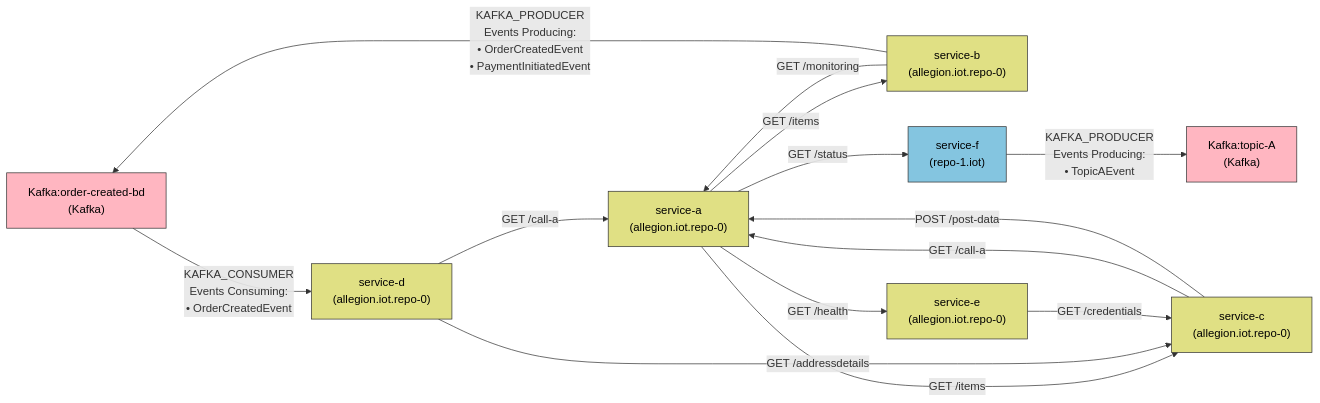
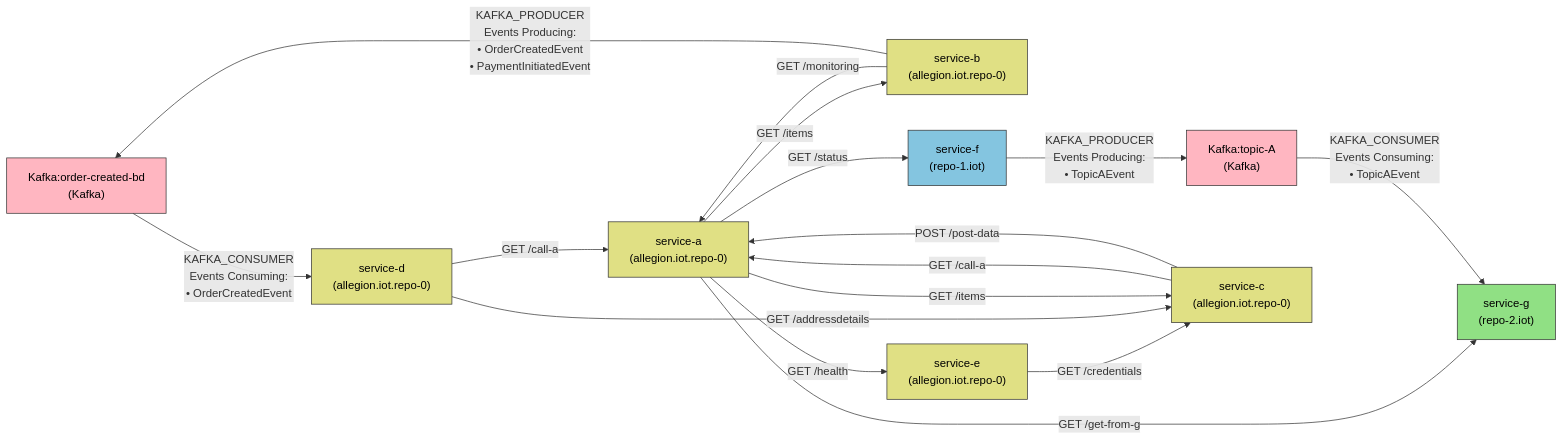
The diagram in output/deps.md (lokesh0507/First_project), drawn with Mermaid before and after one commit. The commit also changed 1 other file, not shown here.

Commit message:
Auto-update dependency graph [skip ci]

````diff
--- a/output/deps.md
+++ b/output/deps.md
@@ -1,41 +1,47 @@
 ```mermaid
 graph LR
 classDef Kafka fill:#FFB6C1,stroke:#333,color:#000
 classDef allegion_iot_repo_0 fill:#E0E084,stroke:#333,color:#000
 classDef repo_1_iot fill:#84C5E0,stroke:#333,color:#000
+classDef repo_2_iot fill:#90E084,stroke:#333,color:#000
 
   Kafka_order_created_bd["Kafka:order-created-bd
 (Kafka)"]
   Kafka_topic_A["Kafka:topic-A
 (Kafka)"]
   service_a["service-a
 (allegion.iot.repo-0)"]
   service_b["service-b
 (allegion.iot.repo-0)"]
   service_c["service-c
 (allegion.iot.repo-0)"]
   service_d["service-d
 (allegion.iot.repo-0)"]
   service_e["service-e
 (allegion.iot.repo-0)"]
   service_f["service-f
 (repo-1.iot)"]
+  service_g["service-g
+(repo-2.iot)"]
 
+  service_e -->|GET /credentials| service_c
+  service_d -->|GET /call-a| service_a
+  service_d -->|GET /addressdetails| service_c
   service_a -->|GET /items| service_b
   service_a -->|GET /items| service_c
   service_a -->|GET /health| service_e
+  service_a -->|GET /get-from-g| service_g
   service_a -->|GET /status| service_f
-  service_b -->|GET /monitoring| service_a
   service_c -->|GET /call-a| service_a
   service_c -->|POST /post-data| service_a
-  service_d -->|GET /call-a| service_a
-  service_d -->|GET /addressdetails| service_c
-  service_e -->|GET /credentials| service_c
+  service_b -->|GET /monitoring| service_a
+  Kafka_order_created_bd -->|"KAFKA_CONSUMER<br/>Events Consuming:<br/>• OrderCreatedEvent"| service_d
   service_b -->|"KAFKA_PRODUCER<br/>Events Producing:<br/>• OrderCreatedEvent<br/>• PaymentInitiatedEvent"| Kafka_order_created_bd
-  Kafka_order_created_bd -->|"KAFKA_CONSUMER<br/>Events Consuming:<br/>• OrderCreatedEvent"| service_d
+  Kafka_topic_A -->|"KAFKA_CONSUMER<br/>Events Consuming:<br/>• TopicAEvent"| service_g
   service_f -->|"KAFKA_PRODUCER<br/>Events Producing:<br/>• TopicAEvent"| Kafka_topic_A
 
 class Kafka_order_created_bd,Kafka_topic_A Kafka
 class service_a,service_b,service_c,service_d,service_e allegion_iot_repo_0
 class service_f repo_1_iot
+class service_g repo_2_iot
 ```
````
